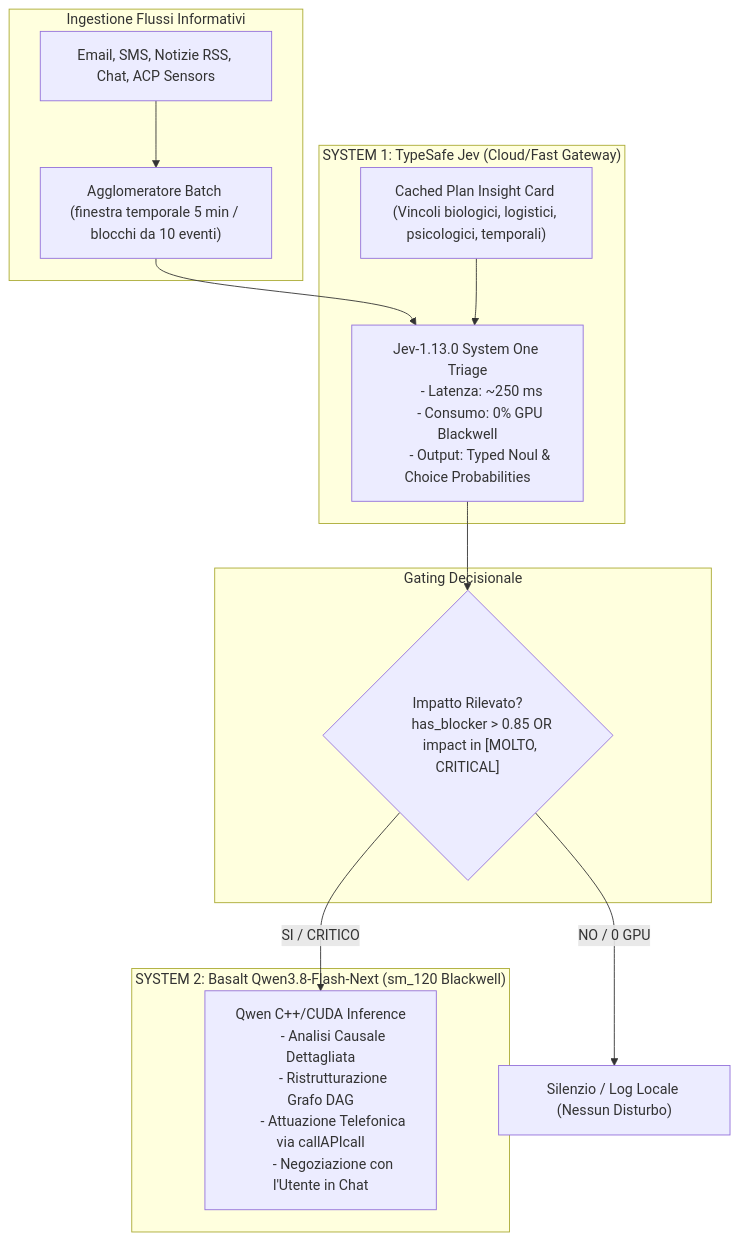
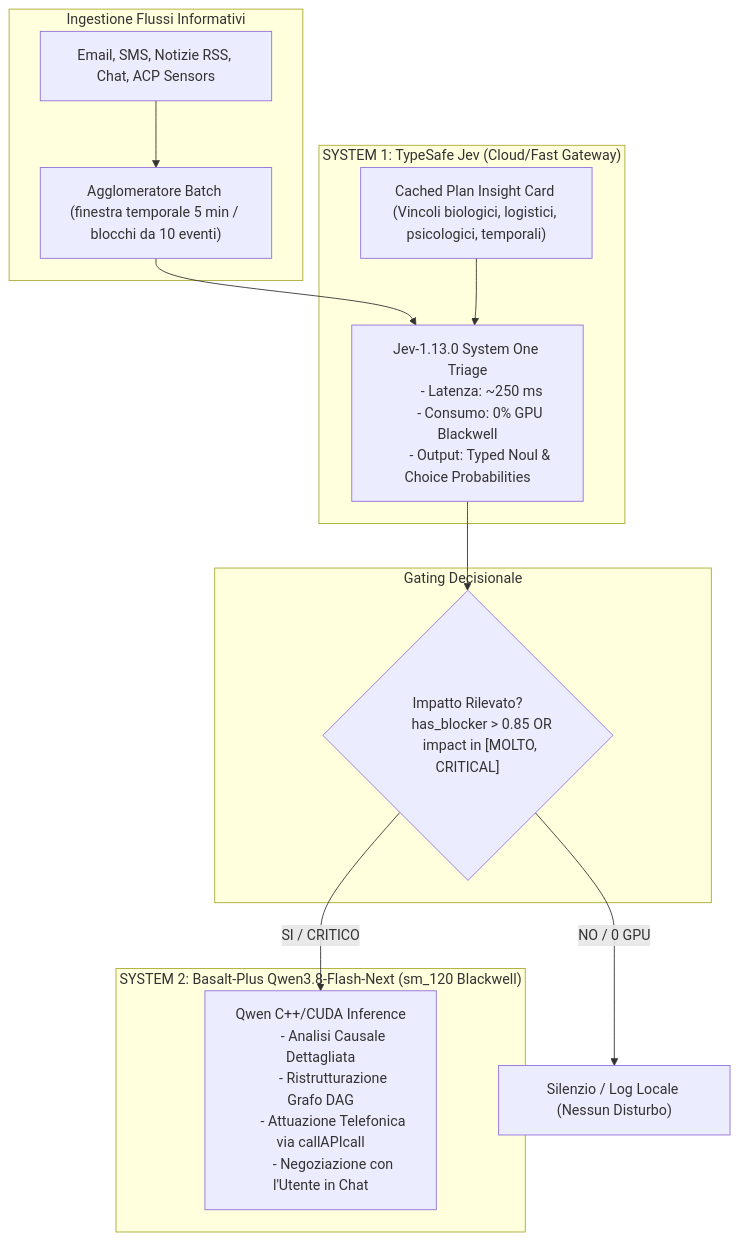
The second of 3 diagrams in conquer_of_the_moon.md (nuspy/tadamoo), drawn with Mermaid before and after one commit. The commit also changed other lines of this file and 163 other files, not shown here.

First line of the commit message:
rename: the product name in prose becomes TaDaMoo and the engine's becomes Basalt-Plus

````diff
--- a/conquer_of_the_moon.md
+++ b/conquer_of_the_moon.md
@@ -114,36 +114,36 @@
 ```mermaid
 flowchart TD
     subgraph INGESTIONE["Ingestione Flussi Informativi"]
         RAW["Email, SMS, Notizie RSS, Chat, ACP Sensors"]
         BATCH["Agglomeratore Batch (finestra temporale 5 min / blocchi da 10 eventi)"]
     end
 
     subgraph SYSTEM1["SYSTEM 1: TypeSafe Jev (Cloud/Fast Gateway)"]
         CARD["Cached Plan Insight Card (Vincoli biologici, logistici, psicologici, temporali)"]
         JEV["Jev-1.13.0 System One Triage
         - Latenza: ~250 ms
         - Consumo: 0% GPU Blackwell
         - Output: Typed Noul & Choice Probabilities"]
     end
 
     subgraph GATE["Gating Decisionale"]
         CHECK{"Impatto Rilevato?
         has_blocker > 0.85 OR
         impact in [MOLTO, CRITICAL]"}
     end
 
-    subgraph SYSTEM2["SYSTEM 2: Basalt Qwen3.8-Flash-Next (sm_120 Blackwell)"]
+    subgraph SYSTEM2["SYSTEM 2: Basalt-Plus Qwen3.8-Flash-Next (sm_120 Blackwell)"]
         QWEN["Qwen C++/CUDA Inference
         - Analisi Causale Dettagliata
         - Ristrutturazione Grafo DAG
         - Attuazione Telefonica via callAPIcall
         - Negoziazione con l'Utente in Chat"]
     end
 
     RAW --> BATCH
     BATCH --> JEV
     CARD --> JEV
     JEV --> CHECK
     CHECK -- NO / 0 GPU --> SILENT["Silenzio / Log Locale (Nessun Disturbo)"]
     CHECK -- SI / CRITICO --> QWEN
 ```
````
